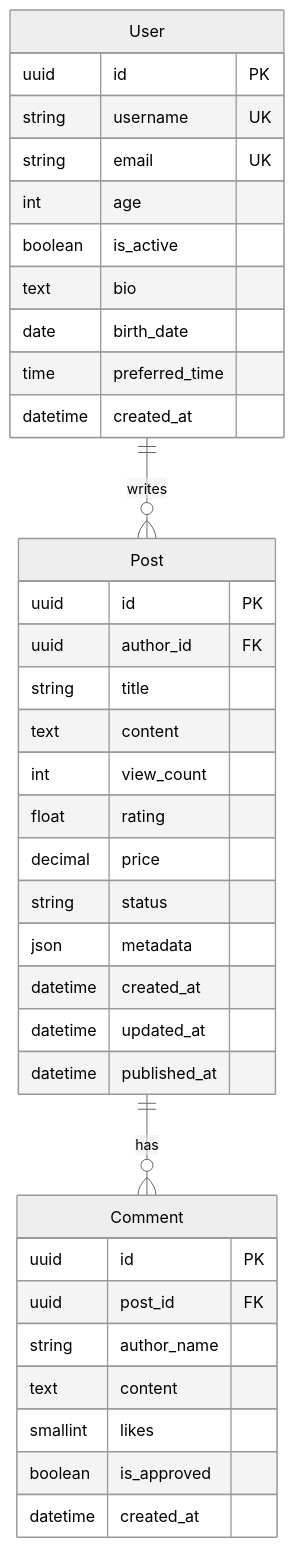
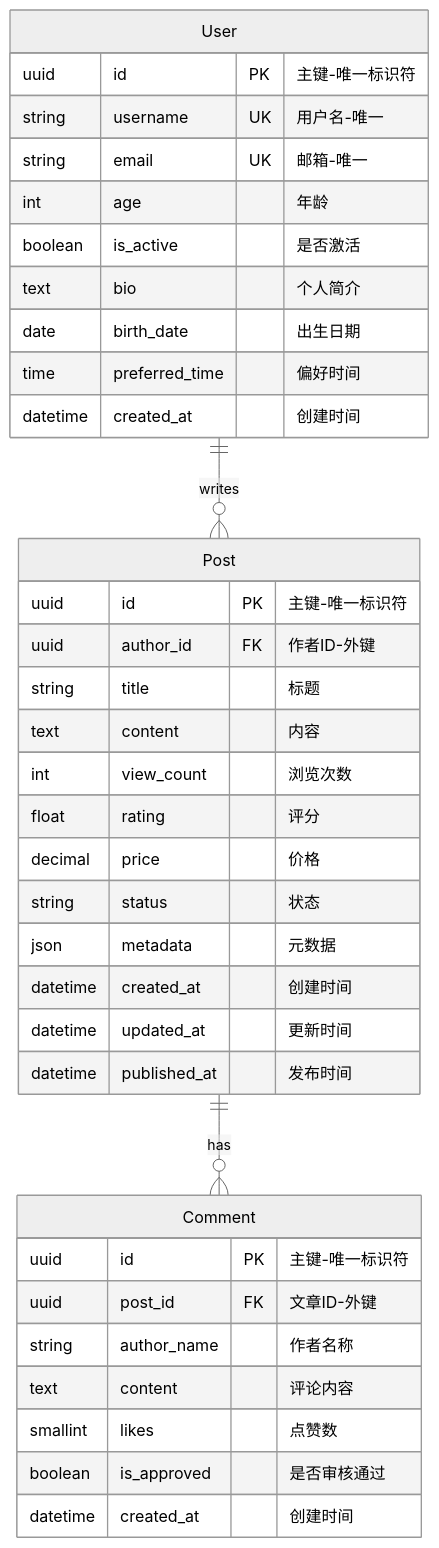
Before and after one commit to x007007007/er-generate-model: the diagram in examples/blog_v6.mmd, drawn with Mermaid (neutral theme). The commit also changed 30 other files, not shown here.

```diff
--- a/examples/blog_v6.mmd
+++ b/examples/blog_v6.mmd
@@ -1,40 +1,40 @@
 erDiagram
     User ||--o{ Post : writes
     Post ||--o{ Comment : has
     
     User {
-        uuid id PK
-        string username UK
-        string email UK
-        int age
-        boolean is_active
-        text bio
-        date birth_date
-        time preferred_time
-        datetime created_at
+        uuid id PK "主键-唯一标识符"
+        string username UK "用户名-唯一"
+        string email UK "邮箱-唯一"
+        int age "年龄"
+        boolean is_active "是否激活"
+        text bio "个人简介"
+        date birth_date "出生日期"
+        time preferred_time "偏好时间"
+        datetime created_at "创建时间"
     }
     
     Post {
-        uuid id PK
-        uuid author_id FK
-        string title
-        text content
-        int view_count
-        float rating
-        decimal price
-        string status
-        json metadata
-        datetime created_at
-        datetime updated_at
-        datetime published_at
+        uuid id PK "主键-唯一标识符"
+        uuid author_id FK "作者ID-外键"
+        string title "标题"
+        text content "内容"
+        int view_count "浏览次数"
+        float rating "评分"
+        decimal price "价格"
+        string status "状态"
+        json metadata "元数据"
+        datetime created_at "创建时间"
+        datetime updated_at "更新时间"
+        datetime published_at "发布时间"
     }
     
     Comment {
-        uuid id PK
-        uuid post_id FK
-        string author_name
-        text content
-        smallint likes
-        boolean is_approved
-        datetime created_at
+        uuid id PK "主键-唯一标识符"
+        uuid post_id FK "文章ID-外键"
+        string author_name "作者名称"
+        text content "评论内容"
+        smallint likes "点赞数"
+        boolean is_approved "是否审核通过"
+        datetime created_at "创建时间"
     }
```
